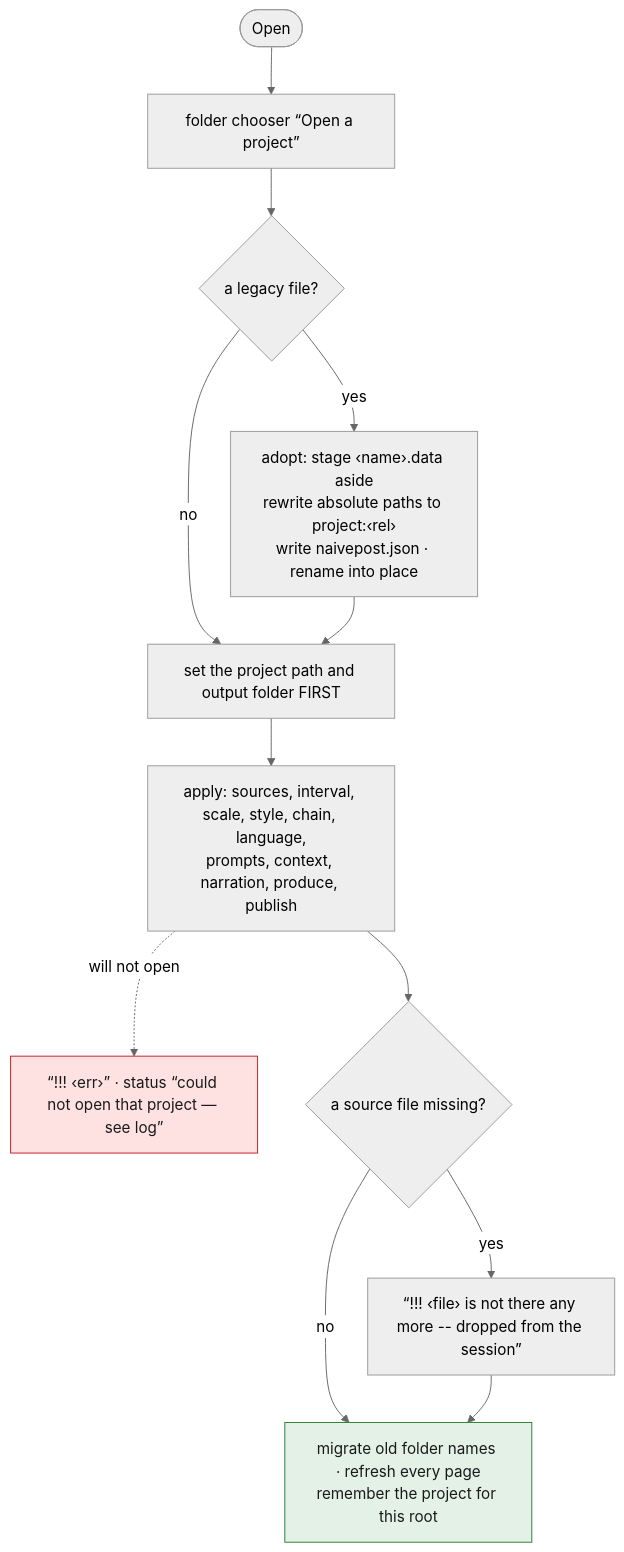
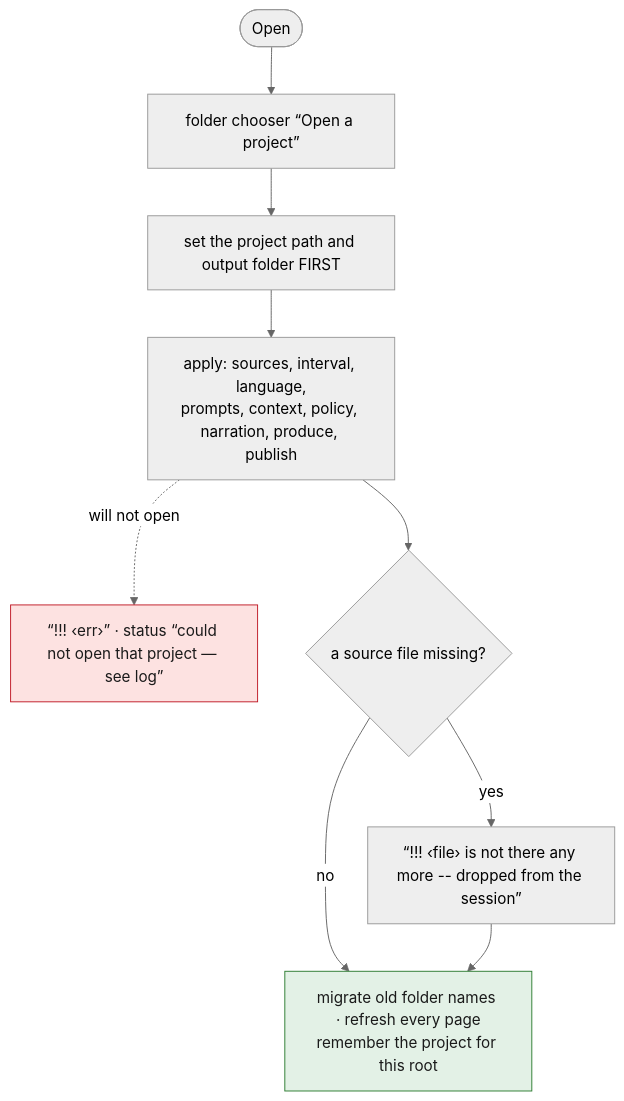
One commit to tbocek/naivepost changed the ninth of 13 diagrams in spec/03-shell.md. Above: the diagram before and after it, drawn with Mermaid (neutral theme). The commit also changed other lines of this file and 24 other files, not shown here.

````diff
--- a/spec/03-shell.md
+++ b/spec/03-shell.md
@@ -220,16 +225,13 @@
 ```mermaid
 flowchart TD
   A(["Open"]) --> B["folder chooser “Open a project”"]
-  B --> C{"a legacy file?"}
-  C -- yes --> AD["adopt: stage ‹name›.data aside<br/>rewrite absolute paths to project:‹rel›<br/>write naivepost.json · rename into place"]
-  C -- no --> P
-  AD --> P["set the project path and output folder FIRST"]
-  P --> AP["apply: sources, interval, scale, style, chain, language,<br/>prompts, context, narration, produce, publish"]
+  B --> P["set the project path and output folder FIRST"]
+  P --> AP["apply: sources, interval, language,<br/>prompts, context, policy, narration, produce, publish"]
   AP -. will not open .-> RF["“!!! ‹err›” · status “could not open that project — see log”"]:::refuse
   AP --> MS{"a source file missing?"}
   MS -- yes --> DR["“!!! ‹file› is not there any more -- dropped from the session”"]
   MS -- no --> MG
   DR --> MG["migrate old folder names · refresh every page<br/>remember the project for this root"]:::done
   classDef refuse fill:#fde2e1,stroke:#c01c28,color:#1a1a1a
   classDef done fill:#e3f1e6,stroke:#2e7d32,color:#1a1a1a
 ```
````
